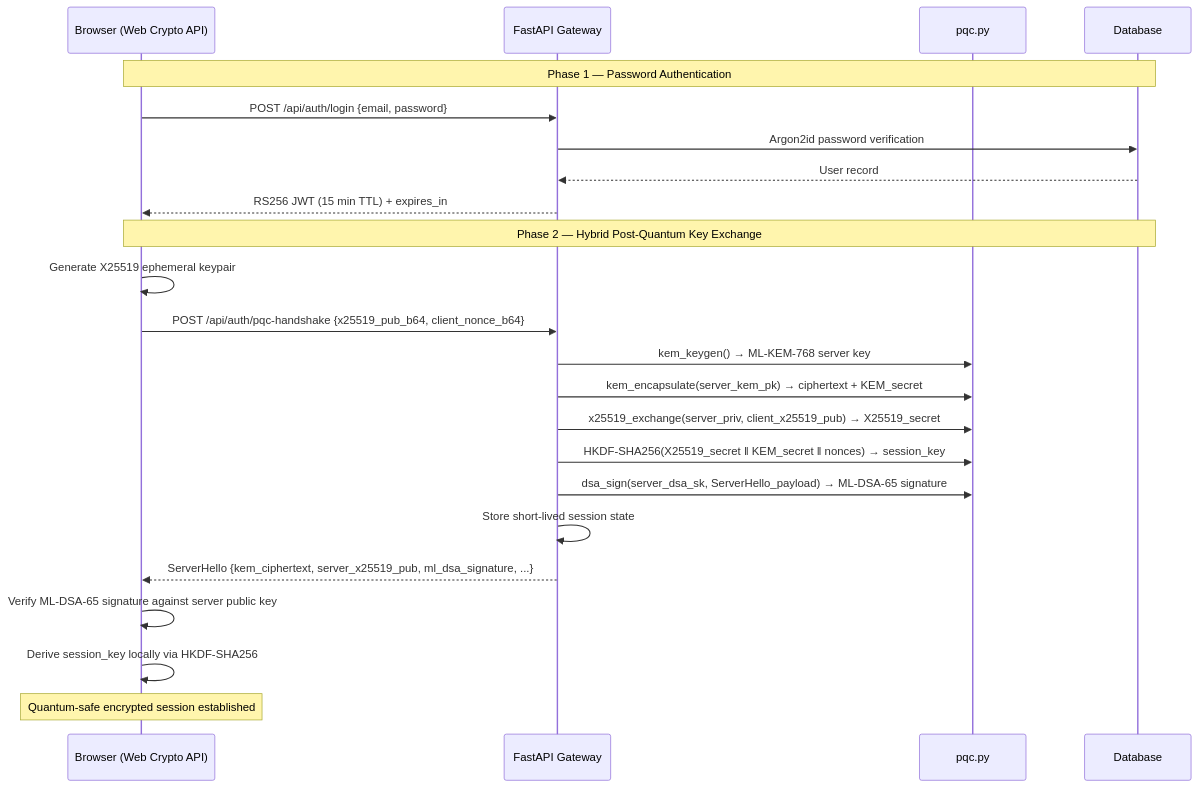
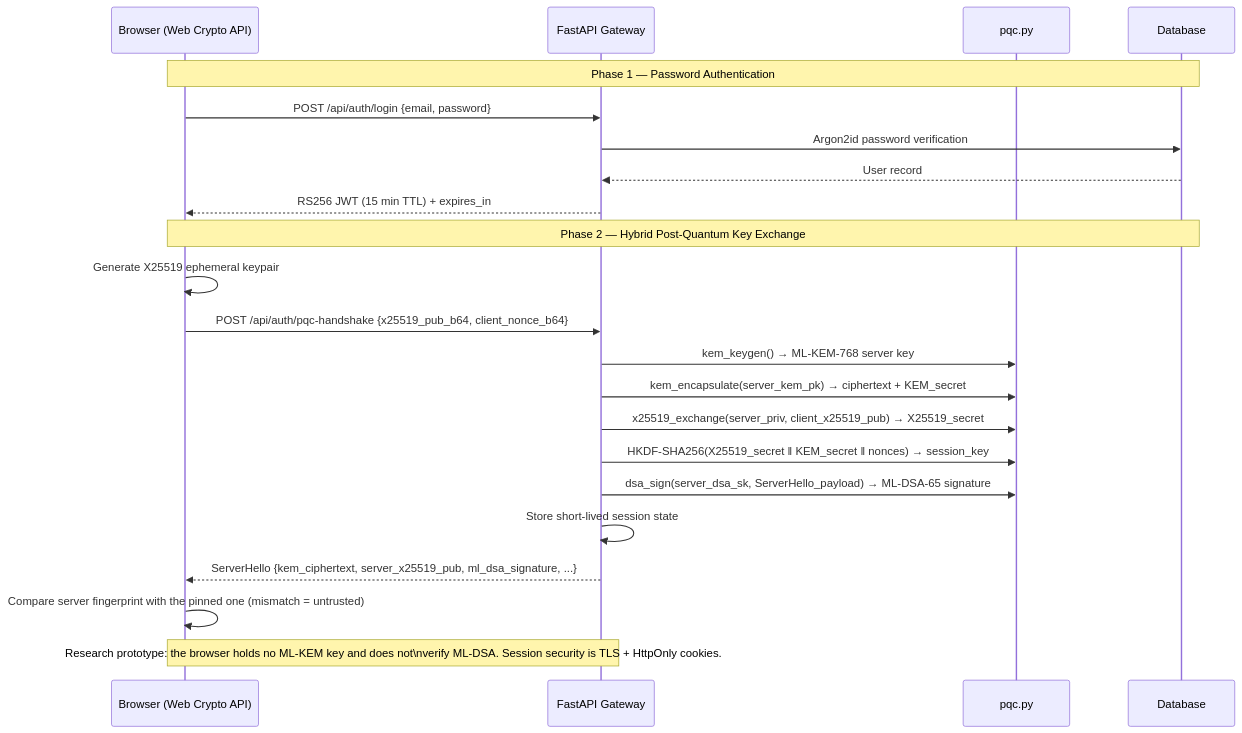
One commit to BugHunterX2101/quantumsentinel-web changed the third of 4 diagrams in README.md. Above: the diagram before and after it, drawn with Mermaid. The commit also changed other lines of this file and 21 other files, not shown here.

````diff
--- a/README.md
+++ b/README.md
@@ -193,27 +193,26 @@
 ```mermaid
 sequenceDiagram
     participant BR as Browser (Web Crypto API)
     participant GW as FastAPI Gateway
     participant PQC as pqc.py
     participant DB as Database
 
     Note over BR,DB: Phase 1 — Password Authentication
     BR->>GW: POST /api/auth/login {email, password}
     GW->>DB: Argon2id password verification
     DB-->>GW: User record
     GW-->>BR: RS256 JWT (15 min TTL) + expires_in
 
     Note over BR,DB: Phase 2 — Hybrid Post-Quantum Key Exchange
     BR->>BR: Generate X25519 ephemeral keypair
     BR->>GW: POST /api/auth/pqc-handshake {x25519_pub_b64, client_nonce_b64}
     GW->>PQC: kem_keygen() → ML-KEM-768 server key
     GW->>PQC: kem_encapsulate(server_kem_pk) → ciphertext + KEM_secret
     GW->>PQC: x25519_exchange(server_priv, client_x25519_pub) → X25519_secret
     GW->>PQC: HKDF-SHA256(X25519_secret ‖ KEM_secret ‖ nonces) → session_key
     GW->>PQC: dsa_sign(server_dsa_sk, ServerHello_payload) → ML-DSA-65 signature
     GW->>GW: Store short-lived session state
     GW-->>BR: ServerHello {kem_ciphertext, server_x25519_pub, ml_dsa_signature, ...}
-    BR->>BR: Verify ML-DSA-65 signature against server public key
-    BR->>BR: Derive session_key locally via HKDF-SHA256
-    Note over BR: Quantum-safe encrypted session established
+    BR->>BR: Compare server fingerprint with the pinned one (mismatch = untrusted)
+    Note over BR,GW: Research prototype: the browser holds no ML-KEM key and does not\nverify ML-DSA. Session security is TLS + HttpOnly cookies.
 ```
````
